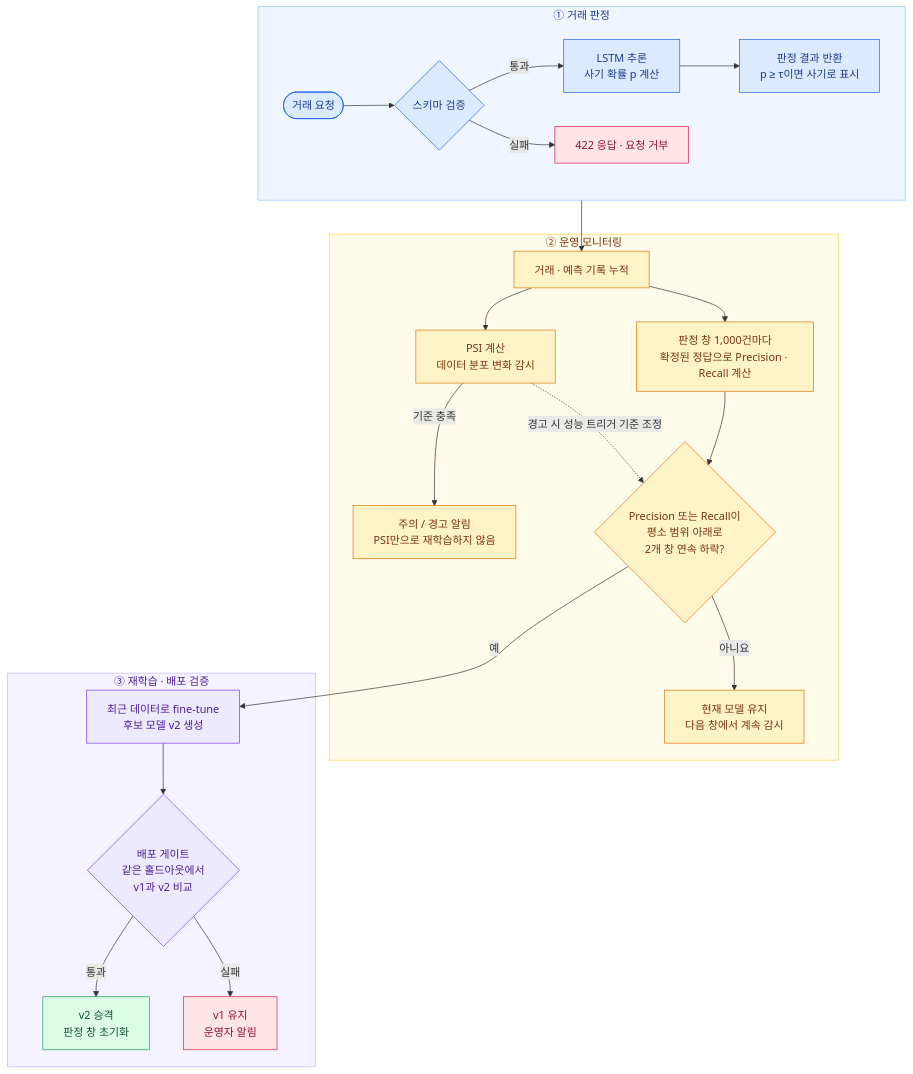
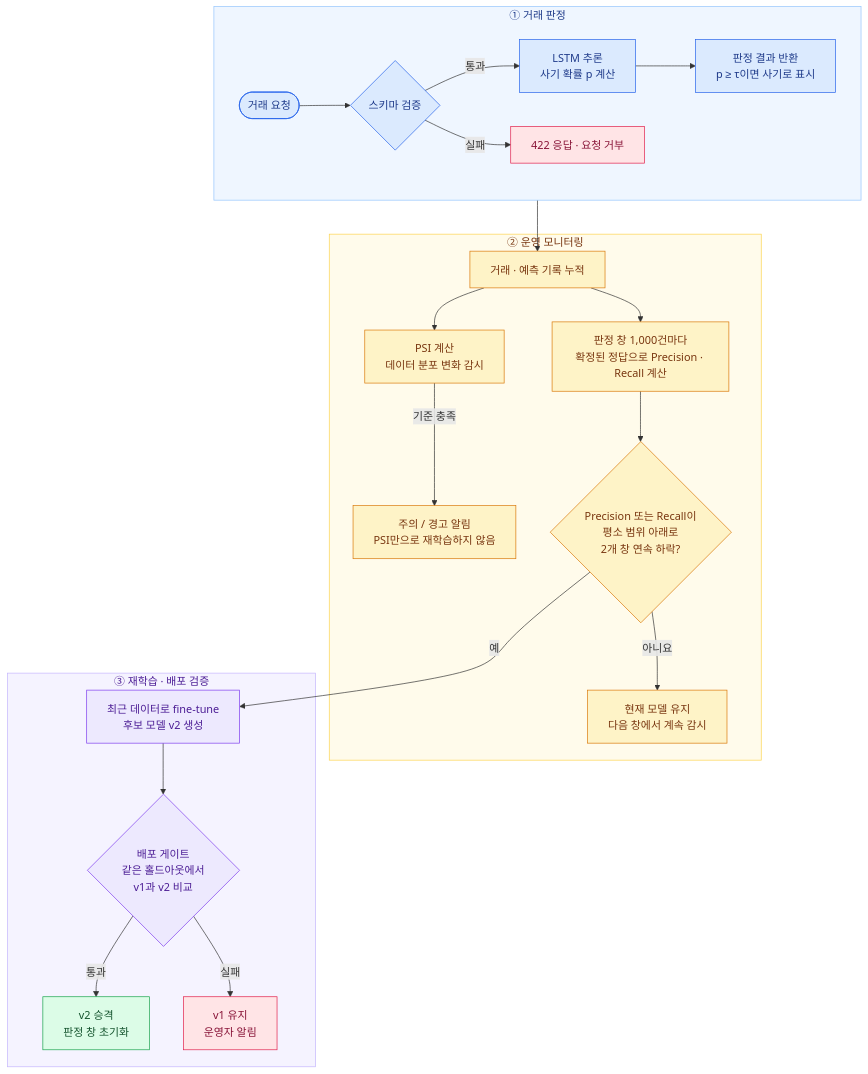
Before and after one commit to dodohy25n/ops: the diagram in docs/설계지표.md, drawn with Mermaid. The commit also changed other lines of this file and 5 other files, not shown here.

````diff
--- a/docs/설계지표.md
+++ b/docs/설계지표.md
@@ -19,46 +19,45 @@
 ```mermaid
 flowchart TB
     subgraph serving["① 거래 판정"]
         direction LR
         request(["거래 요청"]) --> schema{"스키마 검증"}
         schema -->|통과| model["LSTM 추론<br/>사기 확률 p 계산"]
         model --> response["판정 결과 반환<br/>p ≥ τ이면 사기로 표시"]
         schema -->|실패| reject["422 응답 · 요청 거부"]
     end
 
     subgraph monitoring["② 운영 모니터링"]
         records["거래 · 예측 기록 누적"]
         records --> psi["PSI 계산<br/>데이터 분포 변화 감시"]
         psi -->|기준 충족| alert["주의 / 경고 알림<br/>PSI만으로 재학습하지 않음"]
         records --> metrics["판정 창 1,000건마다<br/>확정된 정답으로 Precision · Recall 계산"]
         metrics --> drift{"Precision 또는 Recall이<br/>평소 범위 아래로<br/>2개 창 연속 하락?"}
         drift -->|아니요| watch["현재 모델 유지<br/>다음 창에서 계속 감시"]
-        psi -.->|경고 시 성능 트리거 기준 조정| drift
     end
 
     subgraph retraining["③ 재학습 · 배포 검증"]
         train["최근 데이터로 fine-tune<br/>후보 모델 v2 생성"]
         train --> gate{"배포 게이트<br/>같은 홀드아웃에서<br/>v1과 v2 비교"}
         gate -->|통과| promote["v2 승격<br/>판정 창 초기화"]
         gate -->|실패| keep["v1 유지<br/>운영자 알림"]
     end
 
     response --> records
     drift -->|예| train
 
     classDef servingNode fill:#dbeafe,stroke:#2563eb,color:#1e3a8a
     classDef monitorNode fill:#fef3c7,stroke:#d97706,color:#78350f
     classDef trainNode fill:#ede9fe,stroke:#7c3aed,color:#4c1d95
     classDef successNode fill:#dcfce7,stroke:#16a34a,color:#14532d
     classDef stopNode fill:#ffe4e6,stroke:#e11d48,color:#881337
 
     class request,schema,model,response servingNode
     class records,psi,alert,metrics,drift,watch monitorNode
     class train,gate trainNode
     class promote successNode
     class reject,keep stopNode
 
     style serving fill:#eff6ff,stroke:#93c5fd,color:#1e3a8a
     style monitoring fill:#fffbeb,stroke:#fcd34d,color:#78350f
     style retraining fill:#f5f3ff,stroke:#c4b5fd,color:#4c1d95
 ```
````
